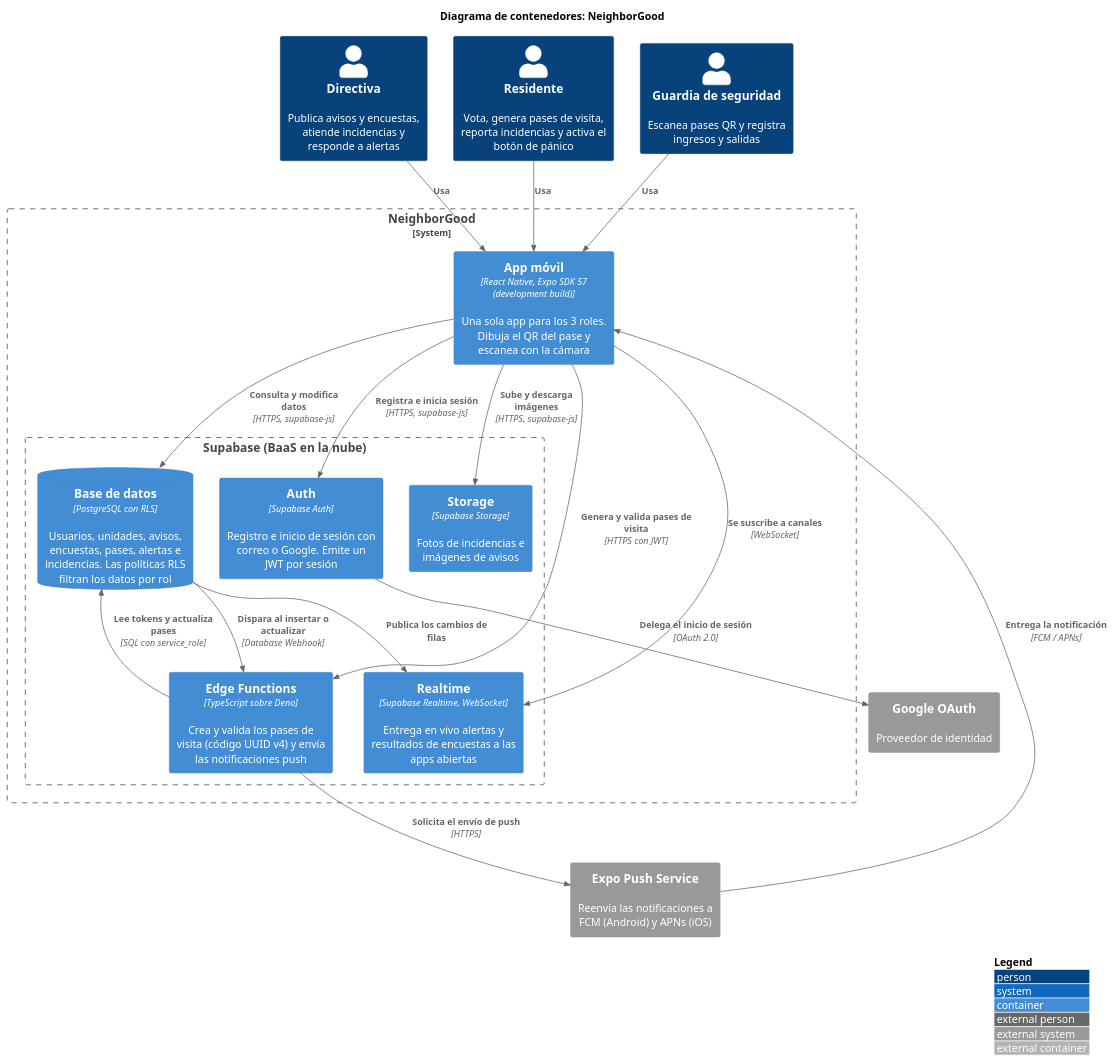
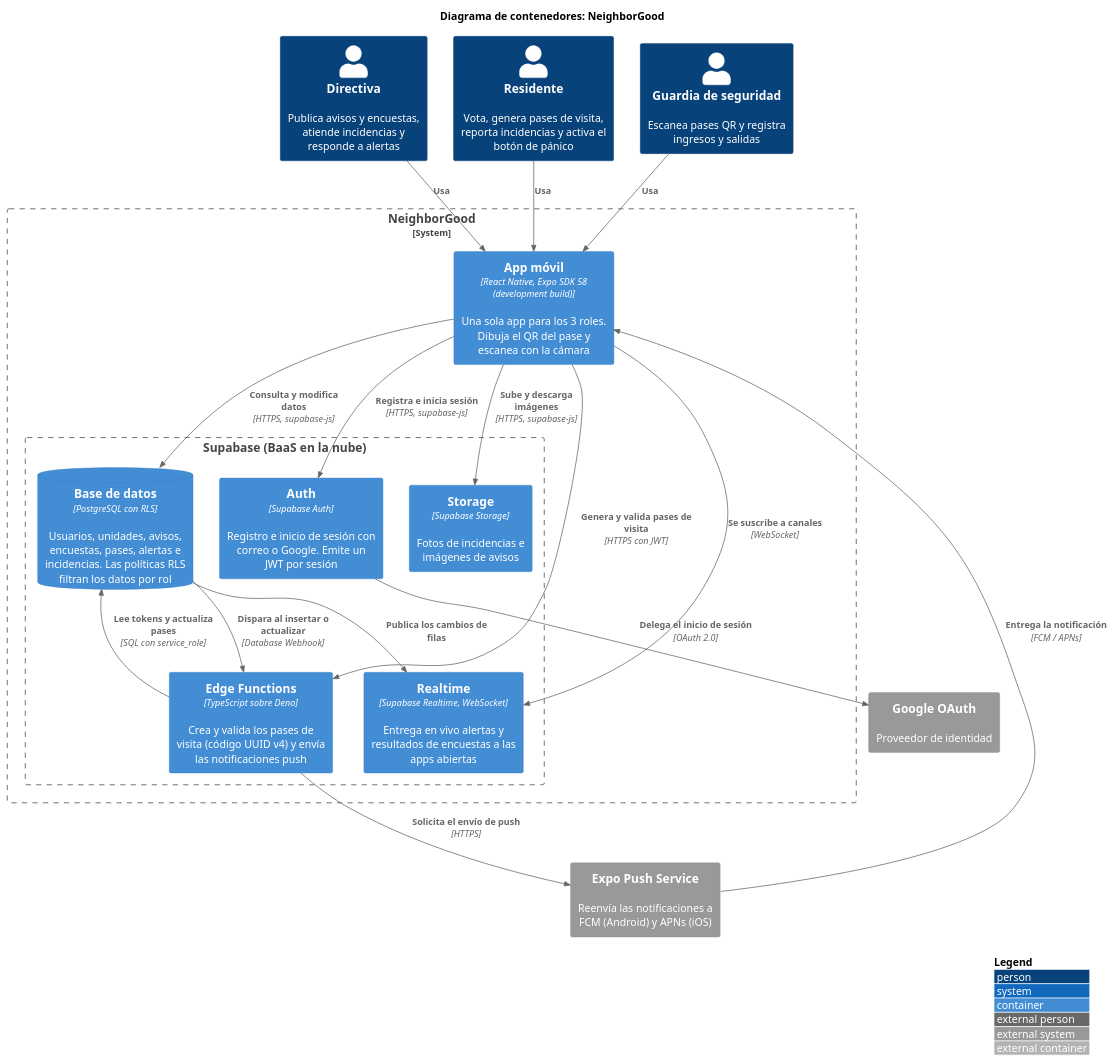
One commit to liusamfung/neighborgood-project changed the diagram in docs/Arquitectura/DiagramaDeContenedores_C4Model.puml. Above: the diagram before and after it, drawn with PlantUML. The commit also changed 3 other files, not shown here.

Commit message:
Corrige las menciones al SDK 57 en DISENO.md y en los tres diagramas C4

```diff
--- a/docs/Arquitectura/DiagramaDeContenedores_C4Model.puml
+++ b/docs/Arquitectura/DiagramaDeContenedores_C4Model.puml
@@ -1,44 +1,44 @@
 @startuml C4_2_Contenedores
 !include <C4/C4_Container>
 
 title Diagrama de contenedores: NeighborGood
 
 LAYOUT_WITH_LEGEND()
 
 Person(directiva, "Directiva", "Publica avisos y encuestas, atiende incidencias y responde a alertas")
 Person(residente, "Residente", "Vota, genera pases de visita, reporta incidencias y activa el botón de pánico")
 Person(guardia, "Guardia de seguridad", "Escanea pases QR y registra ingresos y salidas")
 
 System_Boundary(ng, "NeighborGood") {
 
-    Container(app, "App móvil", "React Native, Expo SDK 57 (development build)", "Una sola app para los 3 roles. Dibuja el QR del pase y escanea con la cámara")
+    Container(app, "App móvil", "React Native, Expo SDK 58 (development build)", "Una sola app para los 3 roles. Dibuja el QR del pase y escanea con la cámara")
 
     Boundary(sb, "Supabase (BaaS en la nube)") {
         Container(auth, "Auth", "Supabase Auth", "Registro e inicio de sesión con correo o Google. Emite un JWT por sesión")
         ContainerDb(db, "Base de datos", "PostgreSQL con RLS", "Usuarios, unidades, avisos, encuestas, pases, alertas e incidencias. Las políticas RLS filtran los datos por rol")
         Container(rt, "Realtime", "Supabase Realtime, WebSocket", "Entrega en vivo alertas y resultados de encuestas a las apps abiertas")
         Container(storage, "Storage", "Supabase Storage", "Fotos de incidencias e imágenes de avisos")
         Container(edge, "Edge Functions", "TypeScript sobre Deno", "Crea y valida los pases de visita (código UUID v4) y envía las notificaciones push")
     }
 }
 
 System_Ext(google, "Google OAuth", "Proveedor de identidad")
 System_Ext(expo, "Expo Push Service", "Reenvía las notificaciones a FCM (Android) y APNs (iOS)")
 
 Rel(directiva, app, "Usa")
 Rel(residente, app, "Usa")
 Rel(guardia, app, "Usa")
 
 Rel(app, auth, "Registra e inicia sesión", "HTTPS, supabase-js")
 Rel(app, db, "Consulta y modifica datos", "HTTPS, supabase-js")
 Rel(app, storage, "Sube y descarga imágenes", "HTTPS, supabase-js")
 Rel(app, rt, "Se suscribe a canales", "WebSocket")
 Rel(app, edge, "Genera y valida pases de visita", "HTTPS con JWT")
 
 Rel(auth, google, "Delega el inicio de sesión", "OAuth 2.0")
 Rel(db, rt, "Publica los cambios de filas")
 Rel(db, edge, "Dispara al insertar o actualizar", "Database Webhook")
 Rel(edge, db, "Lee tokens y actualiza pases", "SQL con service_role")
 Rel(edge, expo, "Solicita el envío de push", "HTTPS")
 Rel(expo, app, "Entrega la notificación", "FCM / APNs")
 @enduml
```
